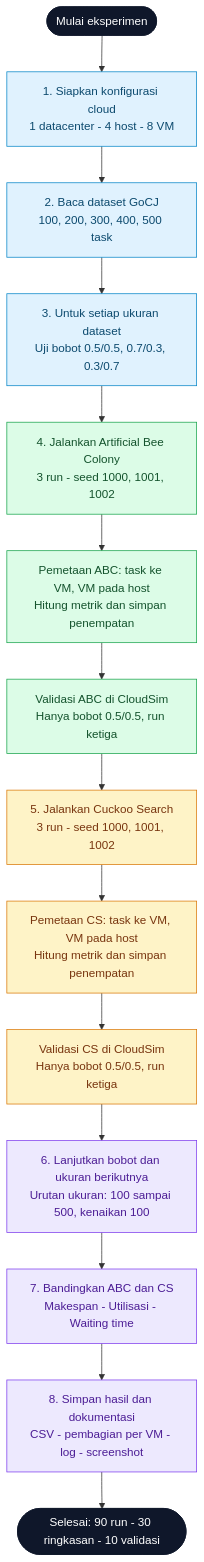
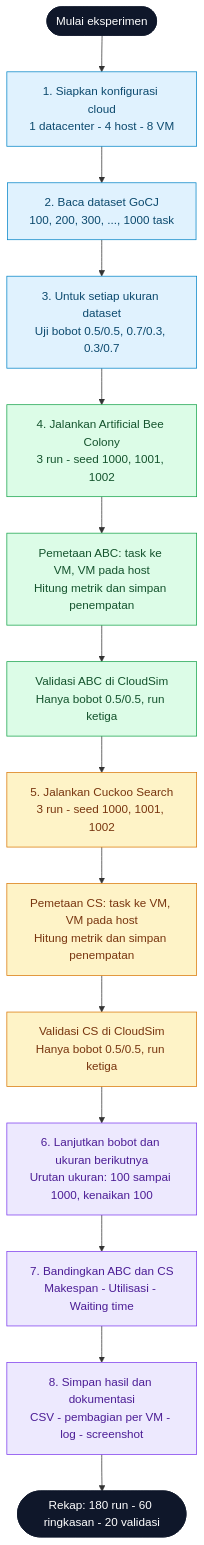
Before and after one commit to tiarafthzzhr/Kelompok5_SOKA_Metaheuristik: the diagram in README.md, drawn with Mermaid. The commit also changed other lines of this file and 50 other files, not shown here.

Commit message:
Lengkapi dokumentasi dan hasil metaheuristik 100-1000 task

````diff
--- a/README.md
+++ b/README.md
@@ -44,27 +44,27 @@
 ```mermaid
 flowchart TD
     START([Mulai eksperimen]) --> CONFIG["1. Siapkan konfigurasi cloud<br/>1 datacenter - 4 host - 8 VM"]
-    CONFIG --> DATA["2. Baca dataset GoCJ<br/>100, 200, 300, 400, 500 task"]
+    CONFIG --> DATA["2. Baca dataset GoCJ<br/>100, 200, 300, ..., 1000 task"]
     DATA --> SETUP["3. Untuk setiap ukuran dataset<br/>Uji bobot 0.5/0.5, 0.7/0.3, 0.3/0.7"]
     SETUP --> ABC["4. Jalankan Artificial Bee Colony<br/>3 run - seed 1000, 1001, 1002"]
     ABC --> ABCMAP["Pemetaan ABC: task ke VM, VM pada host<br/>Hitung metrik dan simpan penempatan"]
     ABCMAP --> ABCVAL["Validasi ABC di CloudSim<br/>Hanya bobot 0.5/0.5, run ketiga"]
     ABCVAL --> CS["5. Jalankan Cuckoo Search<br/>3 run - seed 1000, 1001, 1002"]
     CS --> CSMAP["Pemetaan CS: task ke VM, VM pada host<br/>Hitung metrik dan simpan penempatan"]
     CSMAP --> CSVAL["Validasi CS di CloudSim<br/>Hanya bobot 0.5/0.5, run ketiga"]
-    CSVAL --> REPEAT["6. Lanjutkan bobot dan ukuran berikutnya<br/>Urutan ukuran: 100 sampai 500, kenaikan 100"]
+    CSVAL --> REPEAT["6. Lanjutkan bobot dan ukuran berikutnya<br/>Urutan ukuran: 100 sampai 1000, kenaikan 100"]
     REPEAT --> OUTPUT["7. Bandingkan ABC dan CS<br/>Makespan - Utilisasi - Waiting time"]
     OUTPUT --> FILES["8. Simpan hasil dan dokumentasi<br/>CSV - pembagian per VM - log - screenshot"]
-    FILES --> END([Selesai: 90 run - 30 ringkasan - 10 validasi])
+    FILES --> END([Rekap: 180 run - 60 ringkasan - 20 validasi])
 
     classDef startEnd fill:#0f172a,color:#ffffff,stroke:#0f172a;
     classDef setup fill:#e0f2fe,color:#0c4a6e,stroke:#0284c7;
     classDef abc fill:#dcfce7,color:#14532d,stroke:#16a34a;
     classDef cs fill:#fef3c7,color:#78350f,stroke:#d97706;
     classDef output fill:#ede9fe,color:#4c1d95,stroke:#7c3aed;
     class START,END startEnd;
     class CONFIG,DATA,SETUP setup;
     class ABC,ABCMAP,ABCVAL abc;
     class CS,CSMAP,CSVAL cs;
     class REPEAT,OUTPUT,FILES output;
 ```
````
